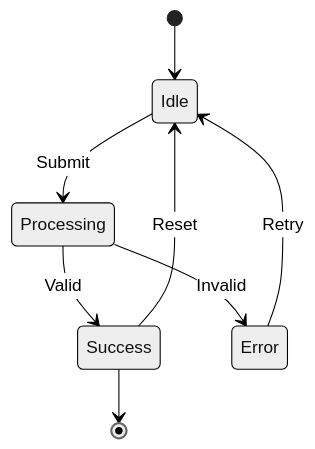
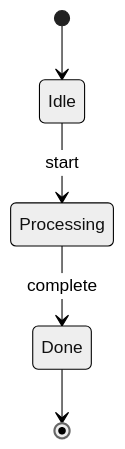
One commit to runkids/claude-skill-registry changed the fourth of 30 diagrams in skills/data/mermaid-diagrams/SKILL.md. Above: the diagram before and after it, drawn with Mermaid (neutral theme). The commit also changed other lines of this file and 15747 other files, not shown here.

````diff
--- a/skills/data/mermaid-diagrams/SKILL.md
+++ b/skills/data/mermaid-diagrams/SKILL.md
@@ -231,10 +56,7 @@
 ```mermaid
 stateDiagram-v2
     [*] --> Idle
-    Idle --> Processing: Submit
-    Processing --> Success: Valid
-    Processing --> Error: Invalid
-    Success --> Idle: Reset
-    Error --> Idle: Retry
-    Success --> [*]
+    Idle --> Processing: start
+    Processing --> Done: complete
+    Done --> [*]
 ```
````
